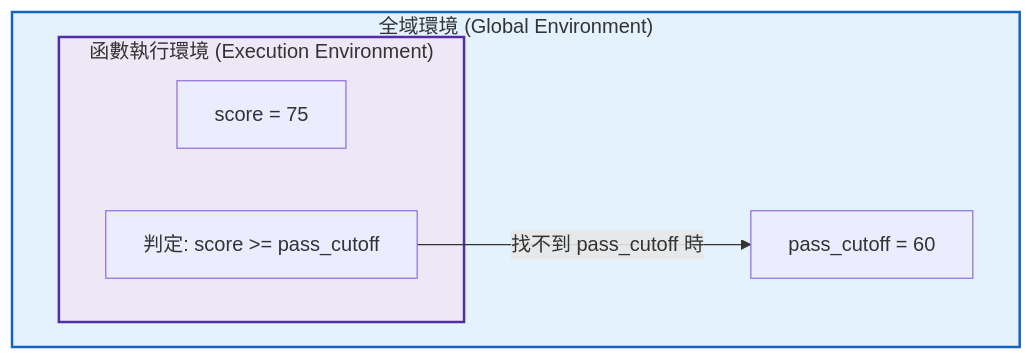
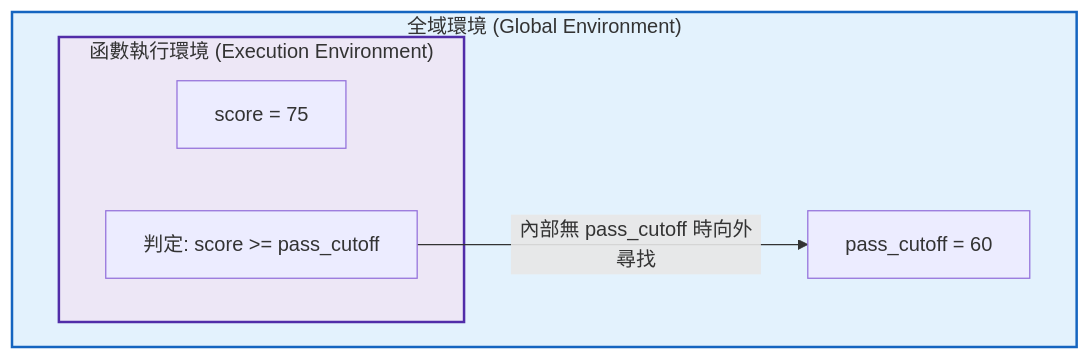
The first of 2 diagrams in book/Chapter_04_Functions_and_Defensive_Programming.md (allen19970828/modern-r-psychometrics), drawn with Mermaid before and after one commit. The commit also changed other lines of this file and 36 other files, not shown here.

````diff
--- a/book/Chapter_04_Functions_and_Defensive_Programming.md
+++ b/book/Chapter_04_Functions_and_Defensive_Programming.md
@@ -14,13 +18,13 @@
 ```mermaid
 flowchart TD
     subgraph GlobalEnv["全域環境 (Global Environment)"]
         G_Cutoff["pass_cutoff = 60"]
         subgraph FunctionEnv["函數執行環境 (Execution Environment)"]
             F_Score["score = 75"]
             F_Logic["判定: score >= pass_cutoff"]
         end
     end
-    F_Logic -->|找不到 pass_cutoff 時| G_Cutoff
+    F_Logic -->|內部無 pass_cutoff 時向外尋找| G_Cutoff
     style GlobalEnv fill:#e3f2fd,stroke:#1565c0,stroke-width:2px
     style FunctionEnv fill:#ede7f6,stroke:#512da8,stroke-width:2px
 ```
````
